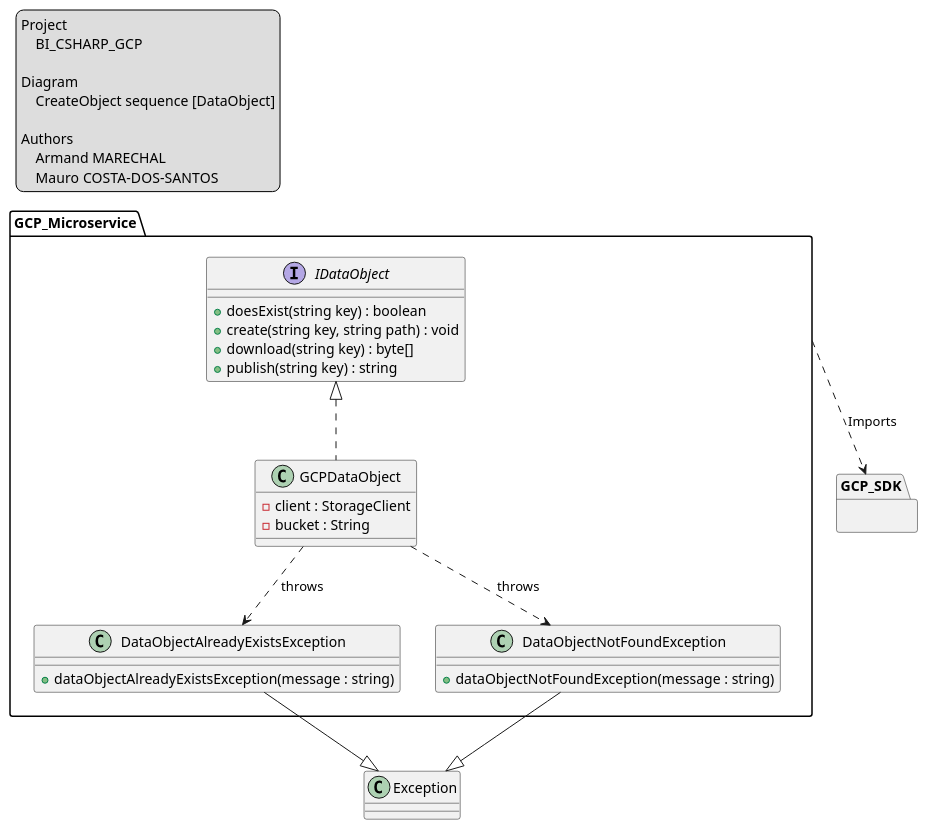
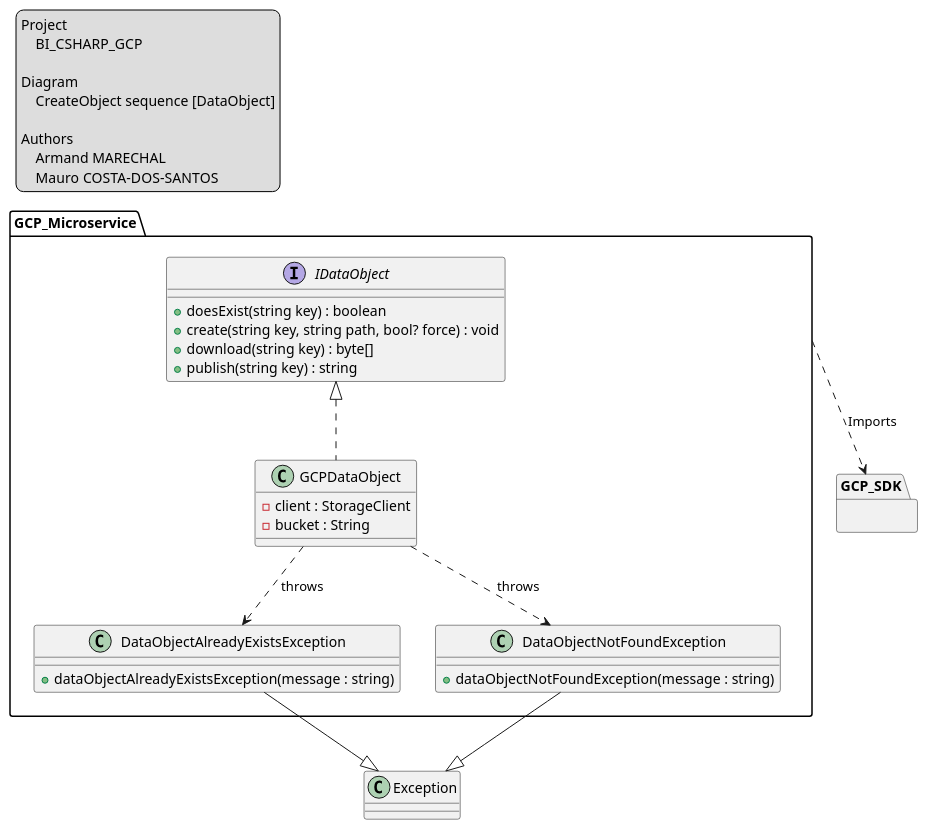
One commit to CPNV-ES-BI/BI_CSHARP_GCP changed the diagram in doc/classes/data_object.puml. Above: the diagram before and after it, drawn with PlantUML. The commit also changed 3 other files, not shown here.

Commit message:
Add force to create

```diff
--- a/doc/classes/data_object.puml
+++ b/doc/classes/data_object.puml
@@ -1,50 +1,50 @@
 @startuml DataObject
 
 legend top left
     Project
         BI_CSHARP_GCP
 
     Diagram
         CreateObject sequence [DataObject]
 
     Authors
         Armand MARECHAL
         Mauro COSTA-DOS-SANTOS 
 endlegend
 
 package GCP_Microservice {
     interface IDataObject {
      +doesExist(string key) : boolean
-     +create(string key, string path) : void
+     +create(string key, string path, bool? force) : void
      +download(string key) : byte[]
      +publish(string key) : string
     }
 
     class GCPDataObject {
      -client : StorageClient
      -bucket : String
     }
 
     class DataObjectAlreadyExistsException {
      +dataObjectAlreadyExistsException(message : string)
     }
 
     class DataObjectNotFoundException {
      +dataObjectNotFoundException(message : string)
     }
 }
 
 package GCP_SDK {}
 
 IDataObject <|.. GCPDataObject
 GCP_Microservice ..> GCP_SDK: Imports
 
 class Exception
 
 GCPDataObject ..> DataObjectAlreadyExistsException : throws
 GCPDataObject ..> DataObjectNotFoundException : throws
 
 DataObjectAlreadyExistsException --|> Exception
 DataObjectNotFoundException --|> Exception
 
 @enduml
```
